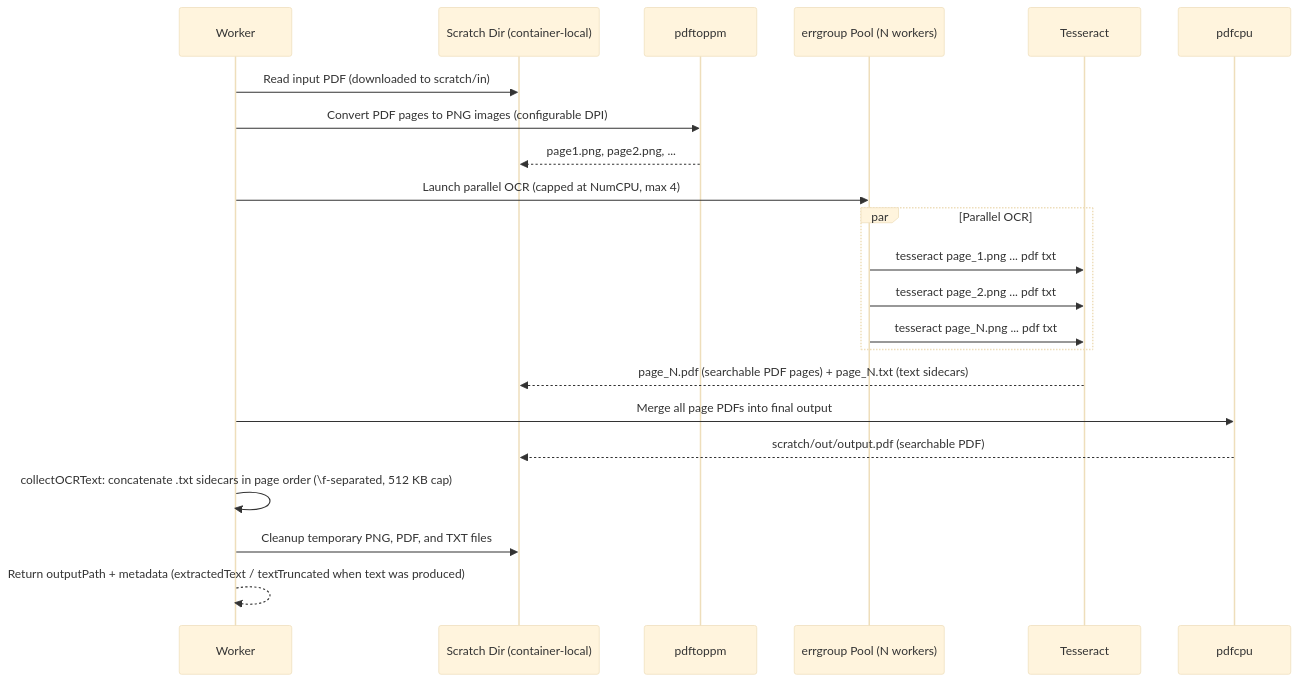
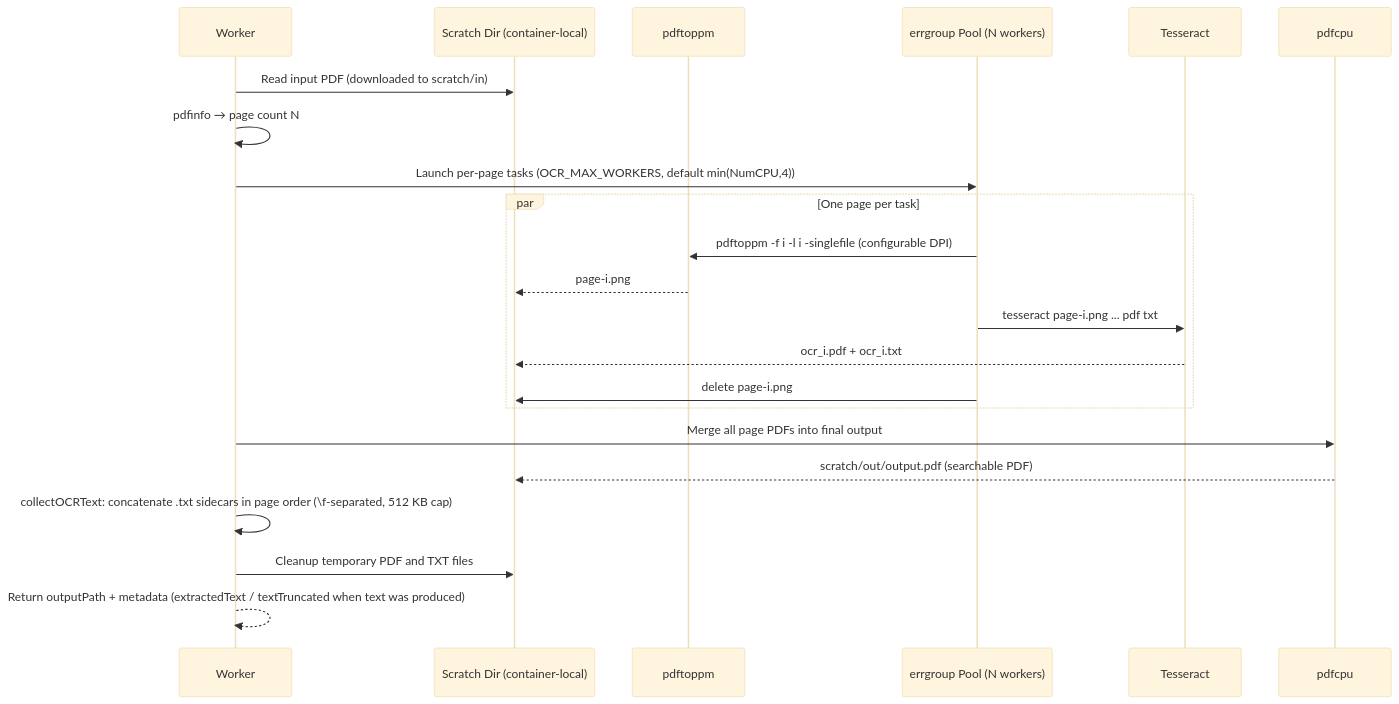
One commit to code-farms/fyredocs_backend changed the second of 4 diagrams in docs/developer/services/optimize-pdf.md. Above: the diagram before and after it, drawn with Mermaid (base theme). The commit also changed other lines of this file and 5 other files, not shown here.

First line of the commit message:
perf(optimize-pdf): OCR renders and deletes one page at a time

````diff
--- a/docs/developer/services/optimize-pdf.md
+++ b/docs/developer/services/optimize-pdf.md
@@ -318,27 +321,27 @@
 ```mermaid
 sequenceDiagram
     participant W as Worker
     participant FS as Scratch Dir (container-local)
     participant PP as pdftoppm
     participant Pool as errgroup Pool (N workers)
     participant TS as Tesseract
     participant PC as pdfcpu
 
     W->>FS: Read input PDF (downloaded to scratch/in)
-    W->>PP: Convert PDF pages to PNG images (configurable DPI)
-    PP-->>FS: page1.png, page2.png, ...
+    W->>W: pdfinfo → page count N
 
-    W->>Pool: Launch parallel OCR (capped at NumCPU, max 4)
-    par Parallel OCR
-        Pool->>TS: tesseract page_1.png ... pdf txt
-        Pool->>TS: tesseract page_2.png ... pdf txt
-        Pool->>TS: tesseract page_N.png ... pdf txt
+    W->>Pool: Launch per-page tasks (OCR_MAX_WORKERS, default min(NumCPU,4))
+    par One page per task
+        Pool->>PP: pdftoppm -f i -l i -singlefile (configurable DPI)
+        PP-->>FS: page-i.png
+        Pool->>TS: tesseract page-i.png ... pdf txt
+        TS-->>FS: ocr_i.pdf + ocr_i.txt
+        Pool->>FS: delete page-i.png
     end
-    TS-->>FS: page_N.pdf (searchable PDF pages) + page_N.txt (text sidecars)
 
     W->>PC: Merge all page PDFs into final output
     PC-->>FS: scratch/out/output.pdf (searchable PDF)
     W->>W: collectOCRText: concatenate .txt sidecars in page order (\f-separated, 512 KB cap)
-    W->>FS: Cleanup temporary PNG, PDF, and TXT files
+    W->>FS: Cleanup temporary PDF and TXT files
     W-->>W: Return outputPath + metadata (extractedText / textTruncated when text was produced)
 ```
````
